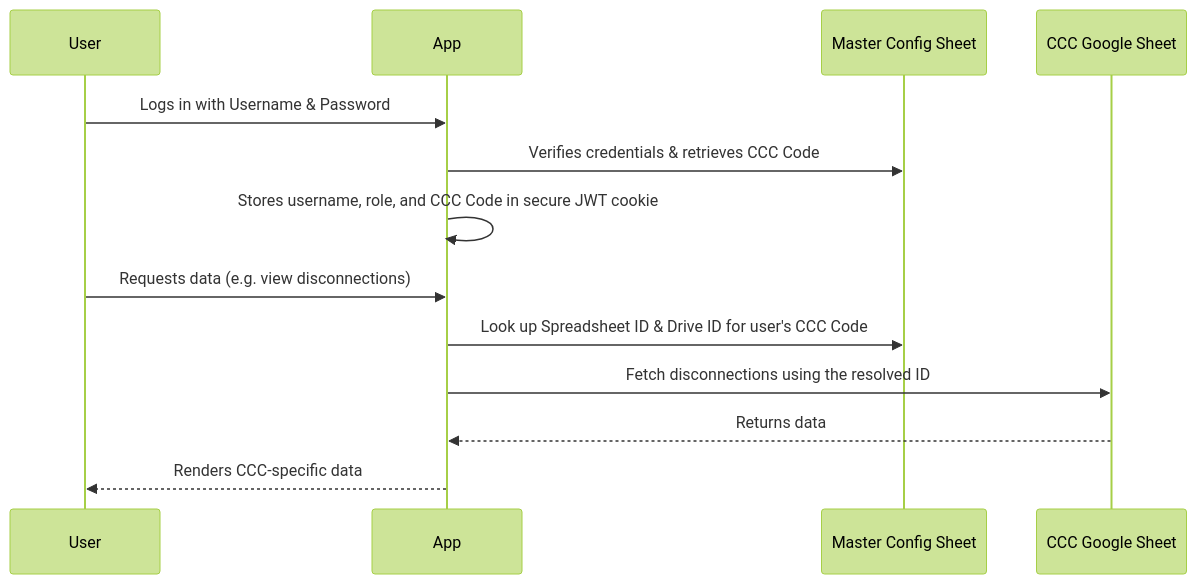
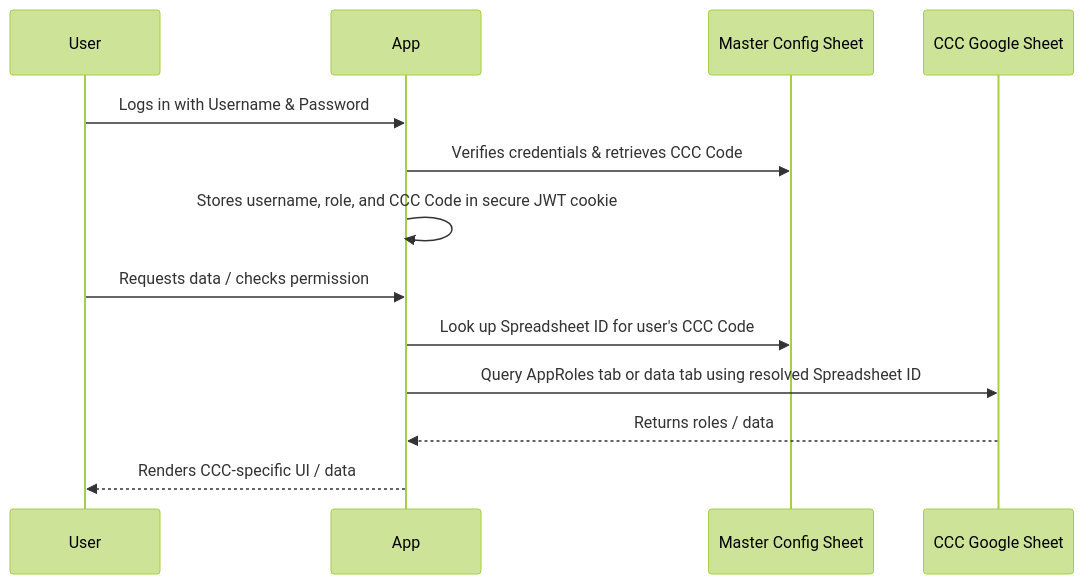
One commit to Hackers-lab/Disconnection-management-web changed the first of 2 diagrams in docs/multi_tenant_master_plan.md. Above: the diagram before and after it, drawn with Mermaid (forest theme). The commit also changed other lines of this file, not shown here.

Commit message:
Update master plan with tenant-specific roles

````diff
--- a/docs/multi_tenant_master_plan.md
+++ b/docs/multi_tenant_master_plan.md
@@ -41,16 +44,16 @@
 ```mermaid
 sequenceDiagram
     participant User
     participant App
     participant MasterConfig as Master Config Sheet
     participant CCCSheet as CCC Google Sheet
 
     User->>App: Logs in with Username & Password
     App->>MasterConfig: Verifies credentials & retrieves CCC Code
     App->>App: Stores username, role, and CCC Code in secure JWT cookie
-    User->>App: Requests data (e.g. view disconnections)
-    App->>MasterConfig: Look up Spreadsheet ID & Drive ID for user's CCC Code
-    App->>CCCSheet: Fetch disconnections using the resolved ID
-    CCCSheet-->>App: Returns data
-    App-->>User: Renders CCC-specific data
+    User->>App: Requests data / checks permission
+    App->>MasterConfig: Look up Spreadsheet ID for user's CCC Code
+    App->>CCCSheet: Query AppRoles tab or data tab using resolved Spreadsheet ID
+    CCCSheet-->>App: Returns roles / data
+    App-->>User: Renders CCC-specific UI / data
 ```
````
